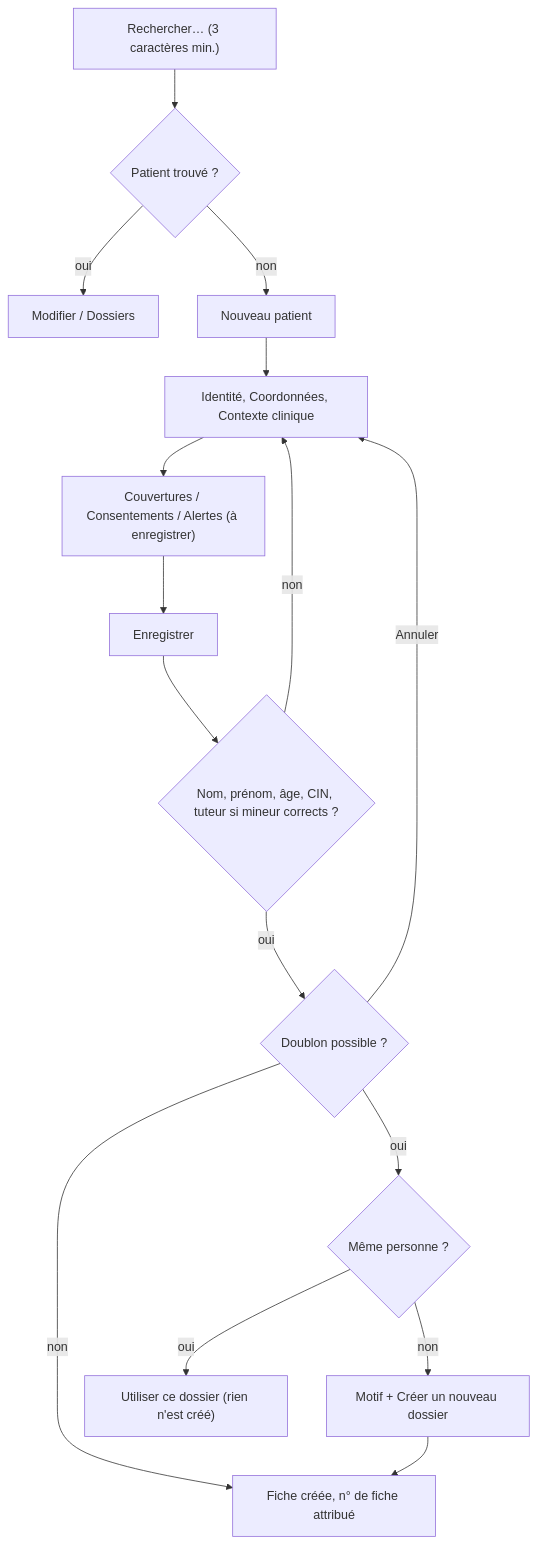
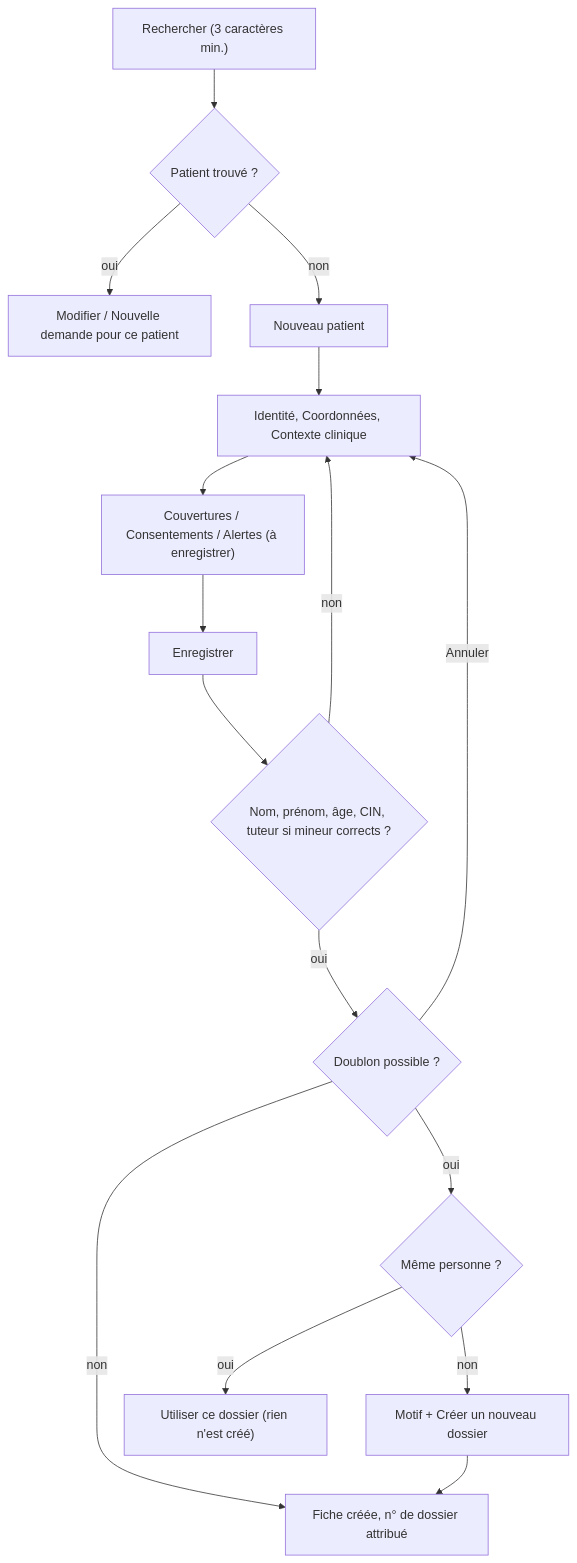
Before and after one commit to J4dJad/MarocLis: the second of 8 diagrams in docs/manuel/01-accueil-enregistrement.md, drawn with Mermaid. The commit also changed other lines of this file and 5 other files, not shown here.

````diff
--- a/docs/manuel/01-accueil-enregistrement.md
+++ b/docs/manuel/01-accueil-enregistrement.md
@@ -161,18 +202,18 @@
 ```mermaid
 flowchart TD
-    A["Rechercher… (3 caractères min.)"] --> B{"Patient trouvé ?"}
-    B -- oui --> Z["Modifier / Dossiers"]
+    A["Rechercher (3 caractères min.)"] --> B{"Patient trouvé ?"}
+    B -- oui --> Z["Modifier / Nouvelle demande pour ce patient"]
     B -- non --> C["Nouveau patient"]
     C --> D["Identité, Coordonnées, Contexte clinique"]
     D --> E["Couvertures / Consentements / Alertes (à enregistrer)"]
     E --> F["Enregistrer"]
     F --> G{"Nom, prénom, âge, CIN, tuteur si mineur corrects ?"}
     G -- non --> D
     G -- oui --> H{"Doublon possible ?"}
-    H -- non --> K["Fiche créée, n° de fiche attribué"]
+    H -- non --> K["Fiche créée, n° de dossier attribué"]
     H -- oui --> I{"Même personne ?"}
     I -- oui --> J["Utiliser ce dossier (rien n'est créé)"]
     I -- non --> L["Motif + Créer un nouveau dossier"]
     L --> K
     H -- Annuler --> D
 ```
````
